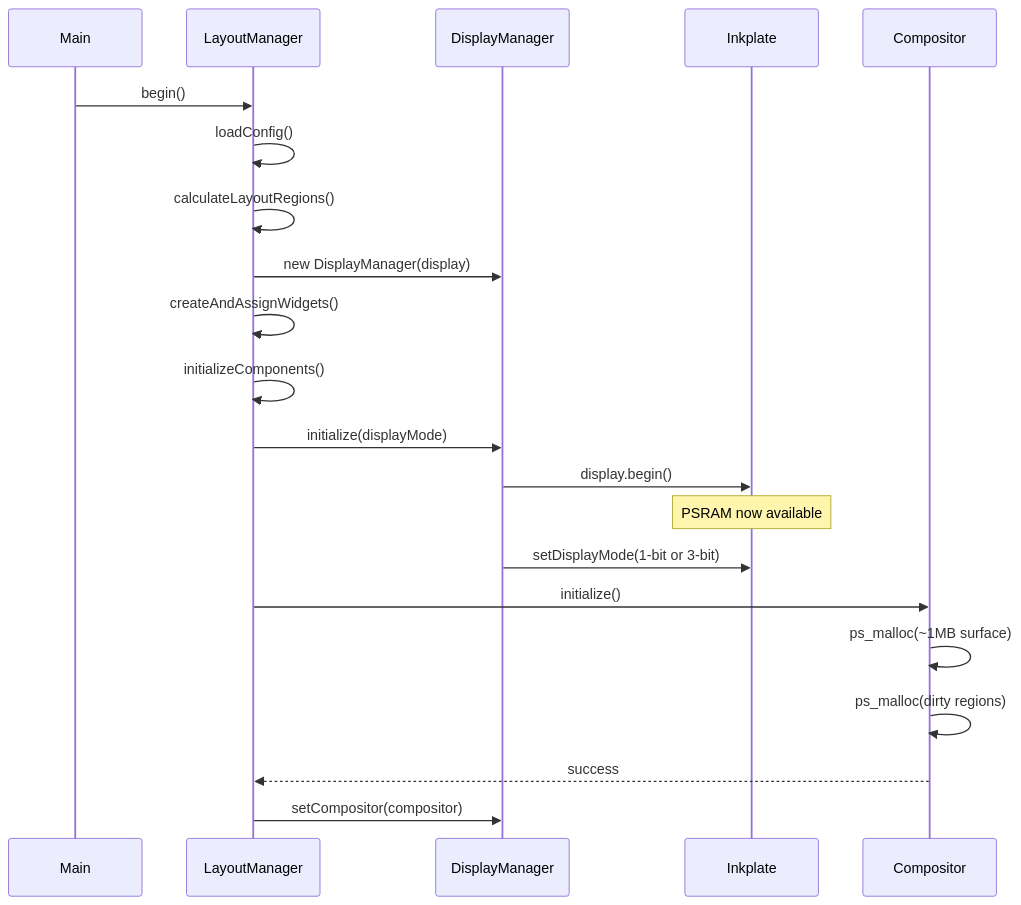
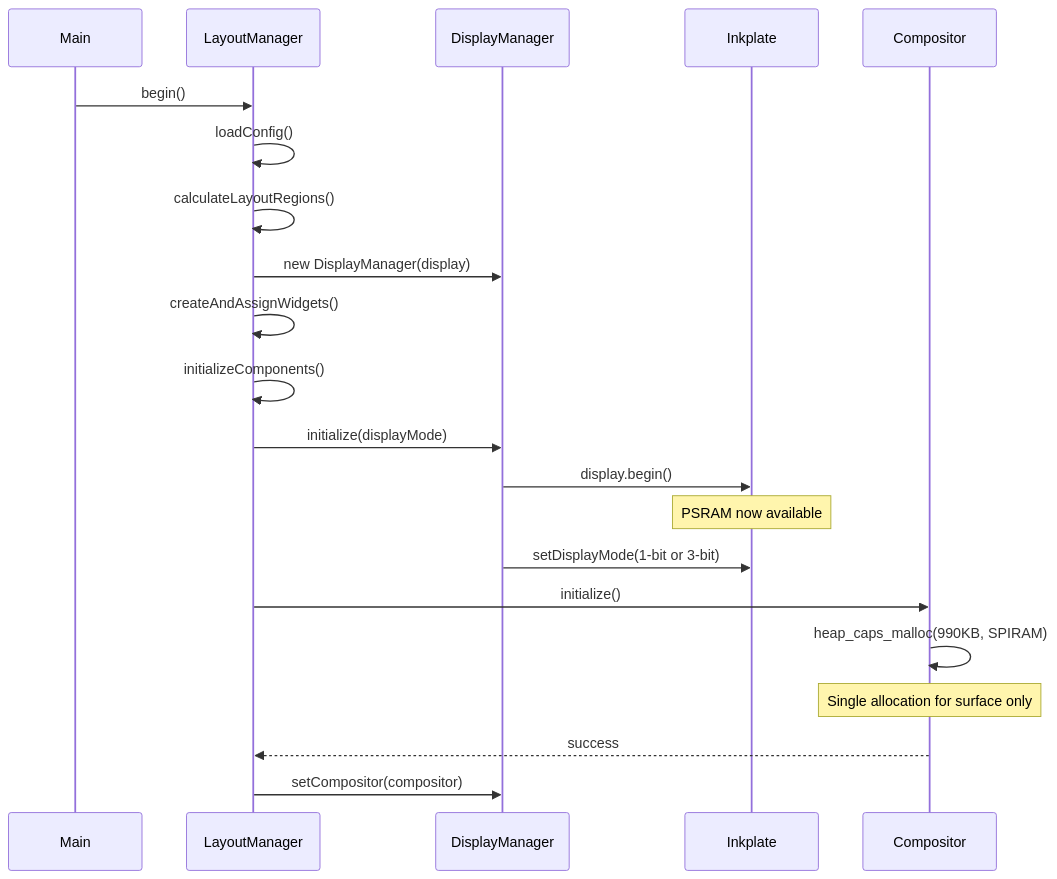
Before and after one commit to Sunhick/Inkflow: the second of 6 diagrams in docs/compositor.md, drawn with Mermaid. The commit also changed other lines of this file, not shown here.

First line of the commit message:
docs: Update compositor.md for region-level dirty tracking

````diff
--- a/docs/compositor.md
+++ b/docs/compositor.md
@@ -50,24 +50,24 @@
 ```mermaid
 sequenceDiagram
     participant Main
     participant LM as LayoutManager
     participant DM as DisplayManager
     participant Disp as Inkplate
     participant Comp as Compositor
 
     Main->>LM: begin()
     LM->>LM: loadConfig()
     LM->>LM: calculateLayoutRegions()
     LM->>DM: new DisplayManager(display)
     LM->>LM: createAndAssignWidgets()
     LM->>LM: initializeComponents()
     LM->>DM: initialize(displayMode)
     DM->>Disp: display.begin()
     Note over Disp: PSRAM now available
     DM->>Disp: setDisplayMode(1-bit or 3-bit)
     LM->>Comp: initialize()
-    Comp->>Comp: ps_malloc(~1MB surface)
-    Comp->>Comp: ps_malloc(dirty regions)
+    Comp->>Comp: heap_caps_malloc(990KB, SPIRAM)
+    Note over Comp: Single allocation for surface only
     Comp-->>LM: success
     LM->>DM: setCompositor(compositor)
 ```
````
